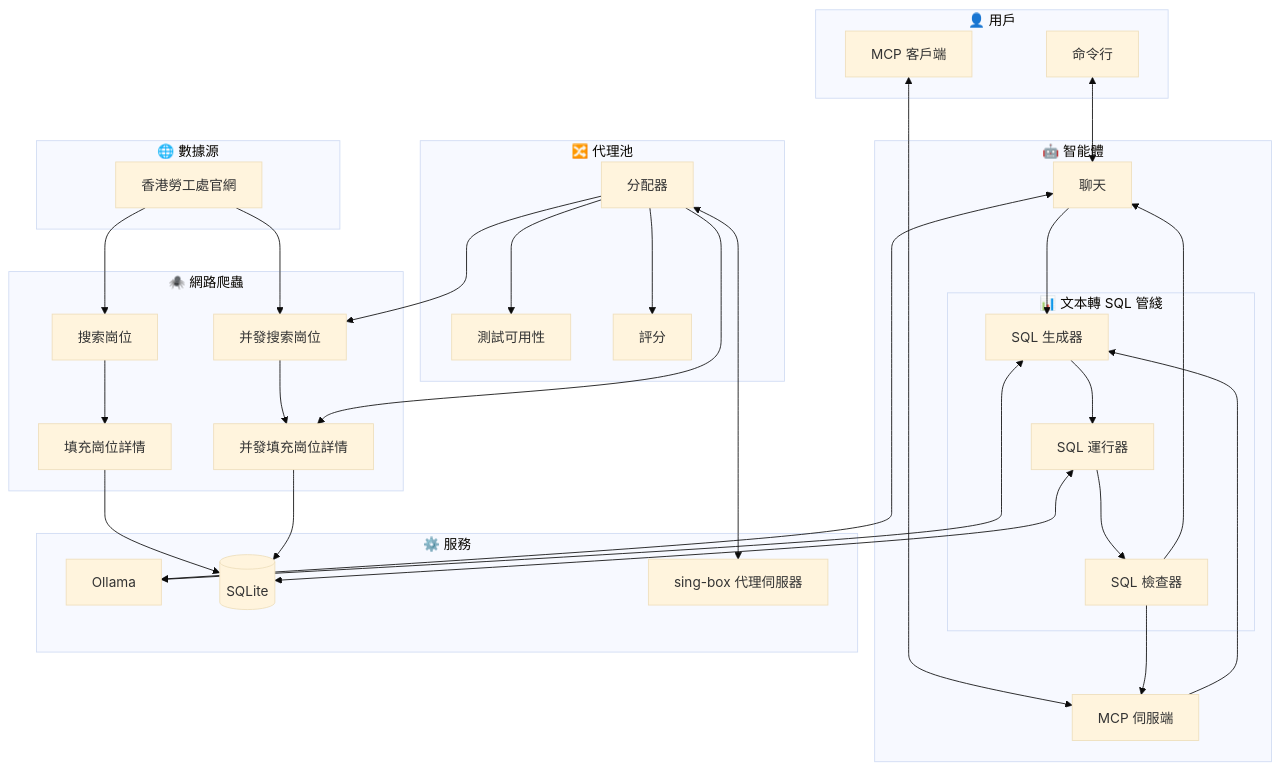
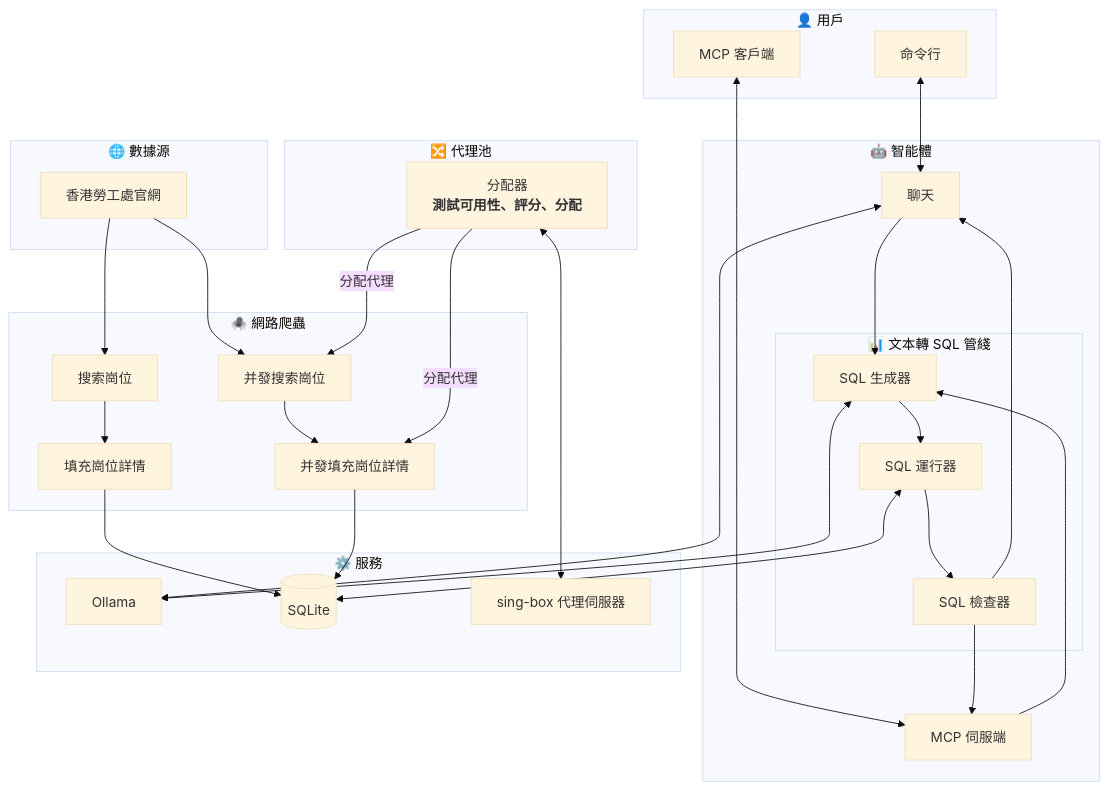
Before and after one commit to JJ-Jacko/jobs_hk: the diagram in README_zh_hk.md, drawn with Mermaid (base theme). The commit also changed 2 other files, not shown here.

Commit message:
refactor(README.Structure): Move check proxy availability, evaluate  assigner to assigner.

````diff
--- a/README_zh_hk.md
+++ b/README_zh_hk.md
@@ -51,74 +51,70 @@
 ```mermaid
 flowchart
     subgraph User["👤 用戶"]
         CLI[命令行]
         MCP_CLIENT[MCP 客戶端]
     end
 
     subgraph Scraper["🕷️ 網路爬蟲"]
         search_job[搜索崗位]
         search_job_mt[并發搜索崗位]
         fill_job[填充崗位詳情]
         fill_job_mt[并發填充崗位詳情]
     end
 
     subgraph ProxyPool["🔀 代理池"]
-        check_proxy_availability[測試可用性]
-        evaluate_proxy[評分]
-        assigner[分配器]
+        assigner[分配器<br><strong>測試可用性、評分、分配<strong/>]
     end
 
     subgraph SQL_pipline["📊 文本轉 SQL 管綫"]
         SQL_generator[SQL 生成器]
         SQL_runner[SQL 運行器]
         SQL_checker[SQL 檢查器]
     end
 
     subgraph AI["🤖 智能體"]
         chat[聊天]
         MCP_server[MCP 伺服端]
         SQL_pipline
     end
 
     subgraph Service["⚙️ 服務"]
         Ollama[Ollama]
         SQLite[(SQLite)]
         proxy_server["sing-box 代理伺服器"]
     end
 
     subgraph DataSource["🌐 數據源"]
         web_src[香港勞工處官網]
     end
 
     CLI <--> chat
     MCP_CLIENT <--> MCP_server
 
     chat <--> Ollama
     chat --> SQL_generator
 
     MCP_server --> SQL_generator
 
     SQL_generator --> SQL_runner
     SQL_generator <--> Ollama
 
     SQL_runner --> SQL_checker
     SQL_runner <--> SQLite
 
     SQL_checker --> chat
     SQL_checker --> MCP_server
 
     web_src --> search_job
     web_src --> search_job_mt
 
     search_job --> fill_job
     search_job_mt --> fill_job_mt
 
     fill_job --> SQLite
     fill_job_mt --> SQLite
 
-    assigner --> search_job_mt
-    assigner --> fill_job_mt
-    assigner --> check_proxy_availability
-    assigner --> evaluate_proxy
+    assigner -->|分配代理| search_job_mt
+    assigner -->|分配代理| fill_job_mt
     assigner <--> proxy_server
 ```
````
